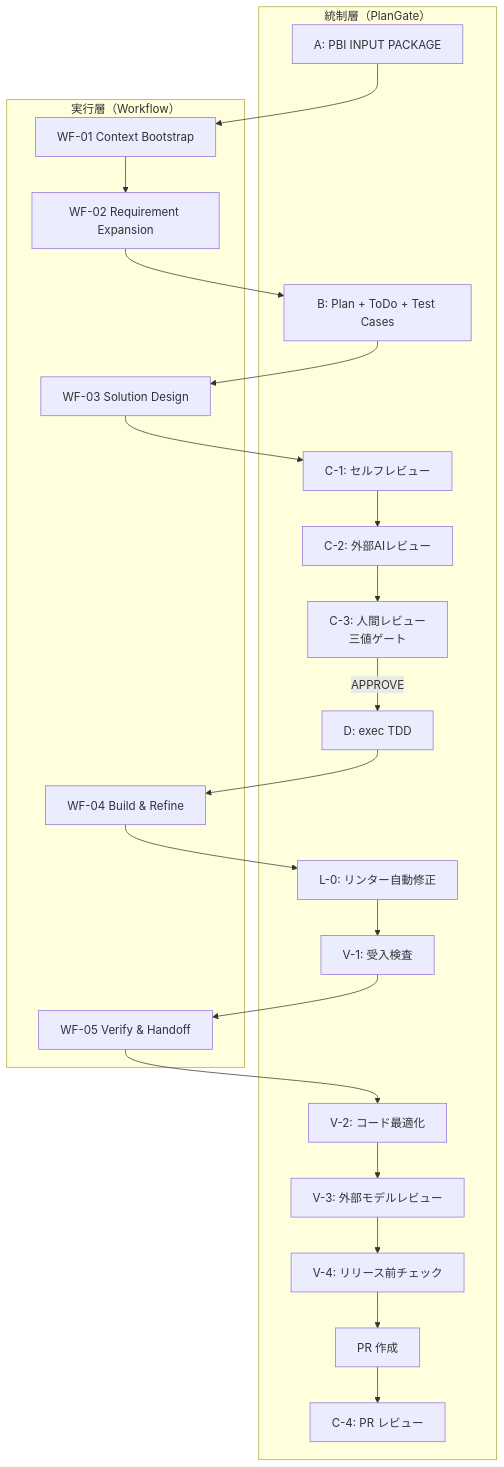
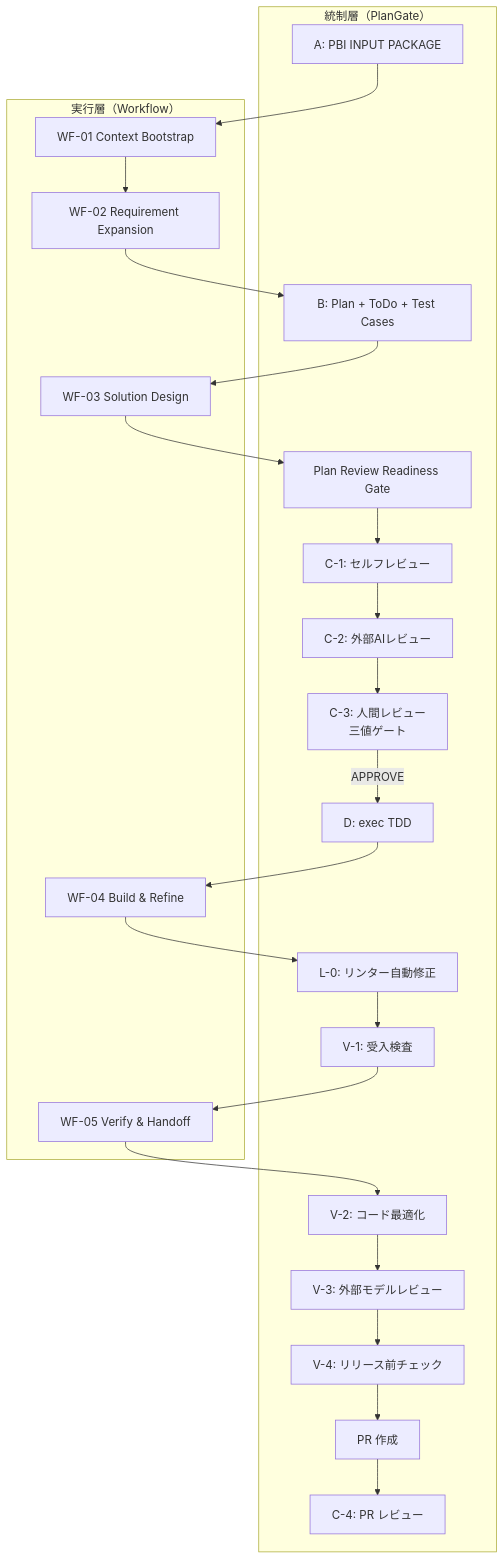
The diagram in docs/workflows/plangate-insertion-map.md (s977043/PlanGate), drawn with Mermaid before and after one commit. The commit also changed other lines of this file and 6 other files, not shown here.

Commit message:
docs: add plan review readiness gate for #652

````diff
--- a/docs/workflows/plangate-insertion-map.md
+++ b/docs/workflows/plangate-insertion-map.md
@@ -13,44 +13,46 @@
 ```mermaid
 graph TB
     subgraph "統制層（PlanGate）"
         A[A: PBI INPUT PACKAGE]
         B[B: Plan + ToDo + Test Cases]
+        PRR[Plan Review Readiness Gate]
         C1[C-1: セルフレビュー]
         C2[C-2: 外部AIレビュー]
         C3[C-3: 人間レビュー<br>三値ゲート]
         D[D: exec TDD]
         L0[L-0: リンター自動修正]
         V1[V-1: 受入検査]
         V2[V-2: コード最適化]
         V3[V-3: 外部モデルレビュー]
         V4[V-4: リリース前チェック]
         PR[PR 作成]
         C4[C-4: PR レビュー]
     end
 
     subgraph "実行層（Workflow）"
         WF01[WF-01 Context Bootstrap]
         WF02[WF-02 Requirement Expansion]
         WF03[WF-03 Solution Design]
         WF04[WF-04 Build & Refine]
         WF05[WF-05 Verify & Handoff]
     end
 
     A --> WF01
     WF01 --> WF02
     WF02 --> B
     B --> WF03
-    WF03 --> C1
+    WF03 --> PRR
+    PRR --> C1
     C1 --> C2
     C2 --> C3
     C3 -->|APPROVE| D
     D --> WF04
     WF04 --> L0
     L0 --> V1
     V1 --> WF05
     WF05 --> V2
     V2 --> V3
     V3 --> V4
     V4 --> PR
     PR --> C4
 ```
````
